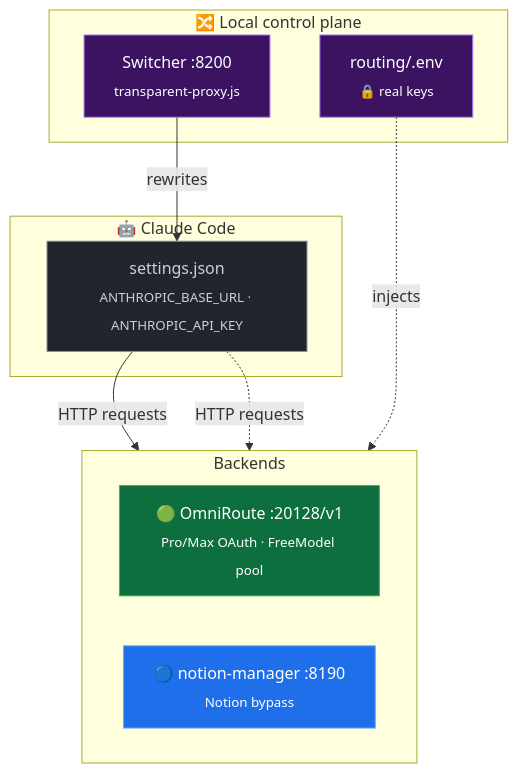
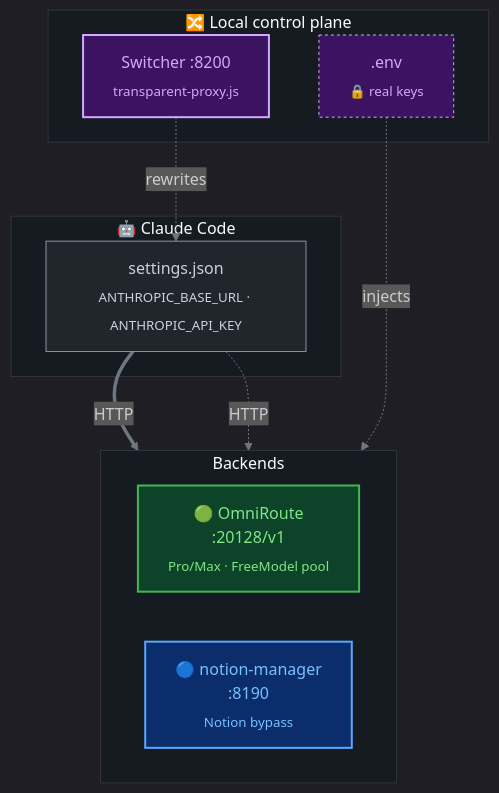
One commit to WormAlien/devin-account-creator-manager changed the second of 2 diagrams in README.md. Above: the diagram before and after it, drawn with Mermaid. The commit also changed other lines of this file, not shown here.

First line of the commit message:
readme: restyle to dashboard palette — dark mermaids, OKLCH accents

````diff
--- a/README.md
+++ b/README.md
@@ -160,31 +180,37 @@
 ```mermaid
+%%{init: {'theme':'dark', 'themeVariables': {
+  'background':'#0d1117',
+  'primaryColor':'#161b22',
+  'primaryTextColor':'#e6edf3',
+  'primaryBorderColor':'#30363d',
+  'lineColor':'#6e7681',
+  'clusterBkg':'#161b22',
+  'clusterBorder':'#30363d'
+}}}%%
 flowchart TB
-    subgraph CC["🤖 Claude Code"]
+    subgraph CC[" 🤖 Claude Code "]
         SET["settings.json<br/><sub>ANTHROPIC_BASE_URL · ANTHROPIC_API_KEY</sub>"]
     end
 
-    subgraph BACKENDS["Backends"]
-        direction LR
-        OR["🟢 OmniRoute :20128/v1<br/><sub>Pro/Max OAuth · FreeModel pool</sub>"]
-        NM["🔵 notion-manager :8190<br/><sub>Notion bypass</sub>"]
+    subgraph ROUTER[" 🔀 Local control plane "]
+        SW["Switcher :8200<br/><sub>transparent-proxy.js</sub>"]
+        ENV[".env<br/><sub>🔒 real keys</sub>"]
     end
 
-    subgraph ROUTER["🔀 Local control plane"]
-        SW["Switcher :8200<br/><sub>transparent-proxy.js</sub>"]
-        ENV["routing/.env<br/><sub>🔒 real keys</sub>"]
+    subgraph BACKENDS[" Backends "]
+        direction LR
+        OR["🟢 OmniRoute<br/>:20128/v1<br/><sub>Pro/Max · FreeModel pool</sub>"]
+        NM["🔵 notion-manager<br/>:8190<br/><sub>Notion bypass</sub>"]
     end
 
-    SET -->|HTTP requests| OR
-    SET -.->|HTTP requests| NM
-    SW -->|rewrites| SET
+    SET ==>|HTTP| OR
+    SET -.->|HTTP| NM
+    SW -.->|rewrites| SET
     ENV -.->|injects| OR
 
-    classDef green fill:#0d6e3e,stroke:#3fb950,color:#fff
-    classDef blue fill:#1f6feb,stroke:#58a6ff,color:#fff
-    classDef purple fill:#3c1361,stroke:#a371f7,color:#fff
-    classDef gray fill:#21262d,stroke:#8b949e,color:#c9d1d9
-    class OR green
-    class NM blue
-    class SW,ENV purple
-    class SET gray
+    style OR fill:#0d4429,stroke:#3fb950,color:#7ee787,stroke-width:2px
+    style NM fill:#0c2d6b,stroke:#58a6ff,color:#79c0ff,stroke-width:2px
+    style SW fill:#3c1361,stroke:#d2a8ff,color:#d2a8ff,stroke-width:2px
+    style ENV fill:#3c1361,stroke:#d2a8ff,color:#d2a8ff,stroke-dasharray:3 3
+    style SET fill:#21262d,stroke:#8b949e,color:#c9d1d9
 ```
````
